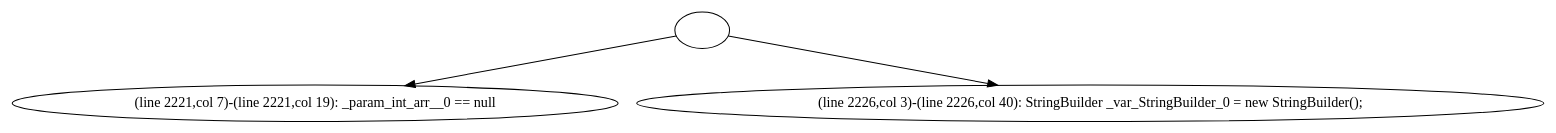
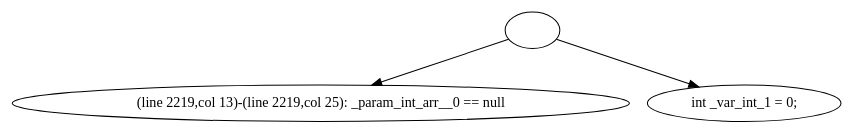
Before and after one commit to fruffy/Sisyphus: the diagram in 507/max.dot, drawn with Graphviz. The commit also changed 7 other files, not shown here.

```diff
--- a/507/max.dot
+++ b/507/max.dot
@@ -1,7 +1,7 @@
 digraph G {
   1 [ label="" ];
-  2 [ label="(line 2221,col 7)-(line 2221,col 19): _param_int_arr__0 == null" ];
-  3 [ label="(line 2226,col 3)-(line 2226,col 40): StringBuilder _var_StringBuilder_0 = new StringBuilder();" ];
+  2 [ label="(line 2219,col 13)-(line 2219,col 25): _param_int_arr__0 == null" ];
+  3 [ label="int _var_int_1 = 0;" ];
   1 -> 2;
   1 -> 3;
 }
```
